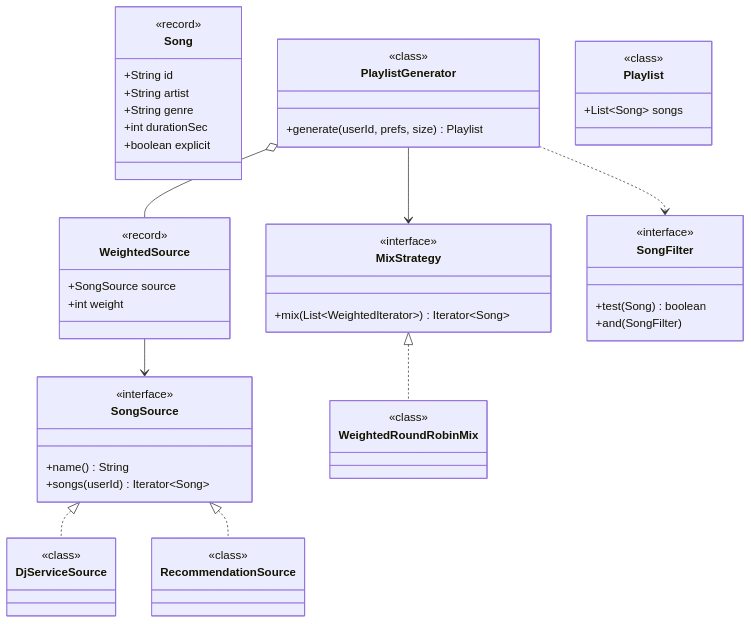
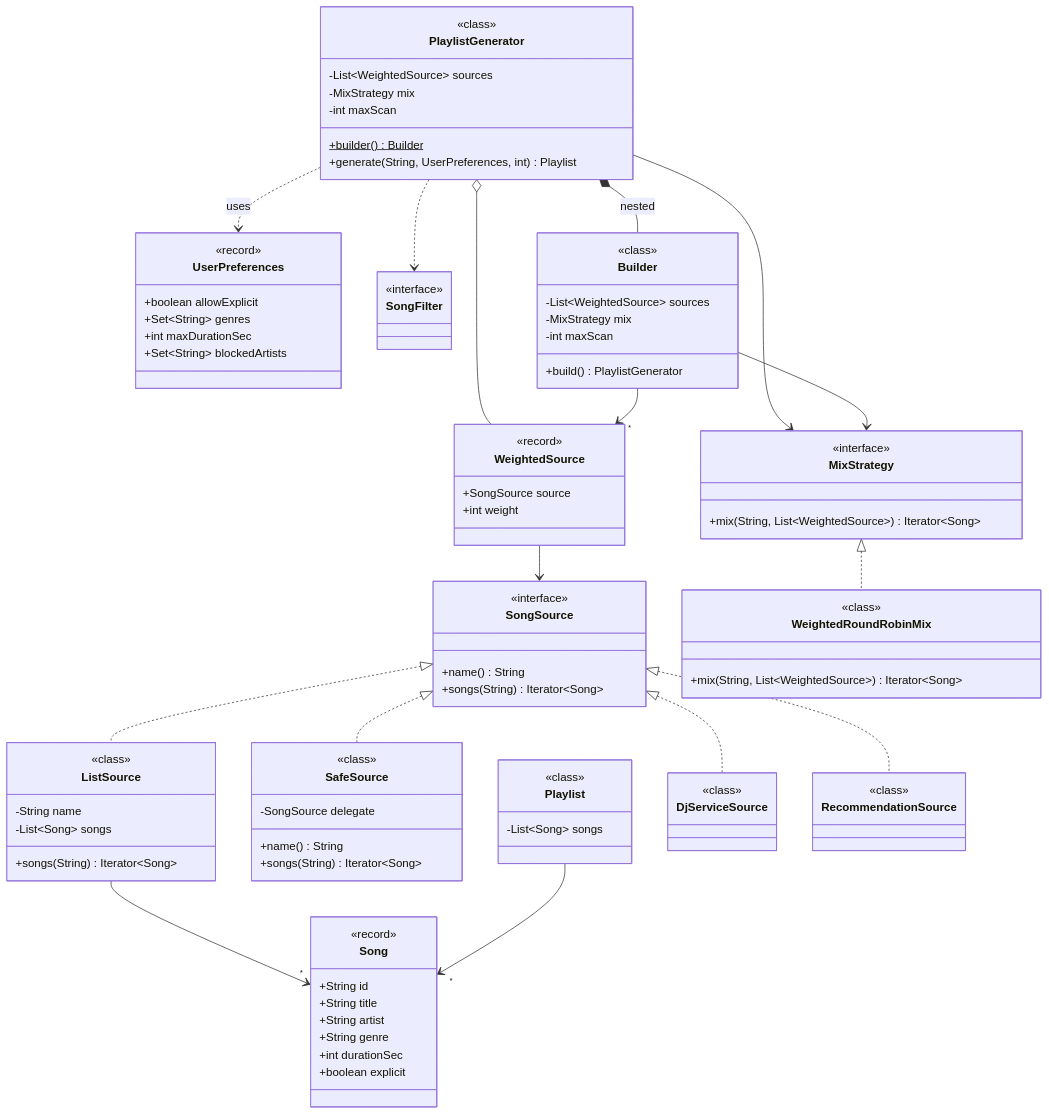
One commit to amarkum/amarkumar.guru changed the first of 2 diagrams in system-design/lld/11-playlist-mixer.md. Above: the diagram before and after it, drawn with Mermaid. The commit also changed 27 other files, not shown here.

Commit message:
Rebuild every UML class diagram from its Java code, add a notes progress tracker, and make diagrams readable with zoom and a legend.

````diff
--- a/system-design/lld/11-playlist-mixer.md
+++ b/system-design/lld/11-playlist-mixer.md
@@ -40,44 +40,76 @@
     class Song {
       <<record>>
       +String id
+      +String title
       +String artist
       +String genre
       +int durationSec
       +boolean explicit
     }
+    class UserPreferences {
+      <<record>>
+      +boolean allowExplicit
+      +Set~String~ genres
+      +int maxDurationSec
+      +Set~String~ blockedArtists
+    }
     class SongSource {
       <<interface>>
       +name() String
-      +songs(userId) Iterator~Song~
+      +songs(String) Iterator~Song~
+    }
+    class ListSource {
+      <<class>>
+      -String name
+      -List~Song~ songs
+      +songs(String) Iterator~Song~
+    }
+    class SafeSource {
+      <<class>>
+      -SongSource delegate
+      +name() String
+      +songs(String) Iterator~Song~
+    }
+    class WeightedSource {
+      <<record>>
+      +SongSource source
+      +int weight
+    }
+    class MixStrategy {
+      <<interface>>
+      +mix(String, List~WeightedSource~) Iterator~Song~
+    }
+    class WeightedRoundRobinMix {
+      <<class>>
+      +mix(String, List~WeightedSource~) Iterator~Song~
+    }
+    class SongFilter {
+      <<interface>>
+    }
+    class Playlist {
+      <<class>>
+      -List~Song~ songs
+    }
+    class PlaylistGenerator {
+      <<class>>
+      -List~WeightedSource~ sources
+      -MixStrategy mix
+      -int maxScan
+      +builder()$ Builder
+      +generate(String, UserPreferences, int) Playlist
+    }
+    class Builder {
+      <<class>>
+      -List~WeightedSource~ sources
+      -MixStrategy mix
+      -int maxScan
+      +build() PlaylistGenerator
     }
     class DjServiceSource {
       <<class>>
     }
     class RecommendationSource {
       <<class>>
-    }
-    class WeightedSource {
-      +SongSource source
-      +int weight
-    }
-    class MixStrategy {
-      <<interface>>
-      +mix(List~WeightedIterator~) Iterator~Song~
-    }
-    class WeightedRoundRobinMix {
-      <<class>>
-    }
-    class SongFilter {
-      <<interface>>
-      +test(Song) boolean
-      +and(SongFilter)
-    }
-    class PlaylistGenerator {
-      +generate(userId, prefs, size) Playlist
-    }
-    class Playlist {
-      <<class>>
-      +List~Song~ songs
     }
     SongSource <|.. DjServiceSource
     SongSource <|.. RecommendationSource
@@ -86,19 +118,12 @@
     PlaylistGenerator --> MixStrategy
     PlaylistGenerator ..> SongFilter
     WeightedSource --> SongSource
-    class SongSource {
-      <<interface>>
-    }
-    class PlaylistGenerator {
-      <<class>>
-    }
-    class SongFilter {
-      <<interface>>
-    }
-    class MixStrategy {
-      <<interface>>
-    }
-    class WeightedSource {
-      <<record>>
-    }
+    SongSource <|.. ListSource
+    SongSource <|.. SafeSource
+    ListSource --> "*" Song
+    Playlist --> "*" Song
+    Builder --> "*" WeightedSource
+    Builder --> MixStrategy
+    PlaylistGenerator *-- Builder : nested
+    PlaylistGenerator ..> UserPreferences : uses
 ```
````
